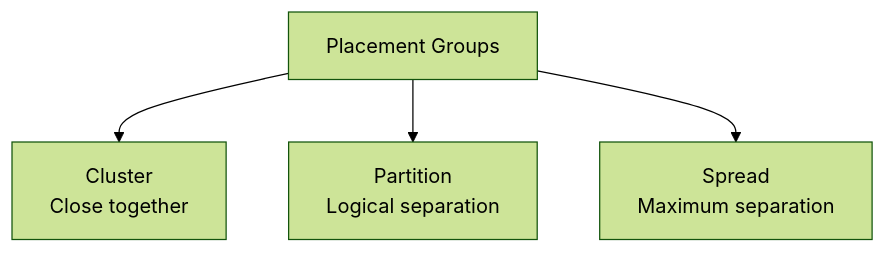
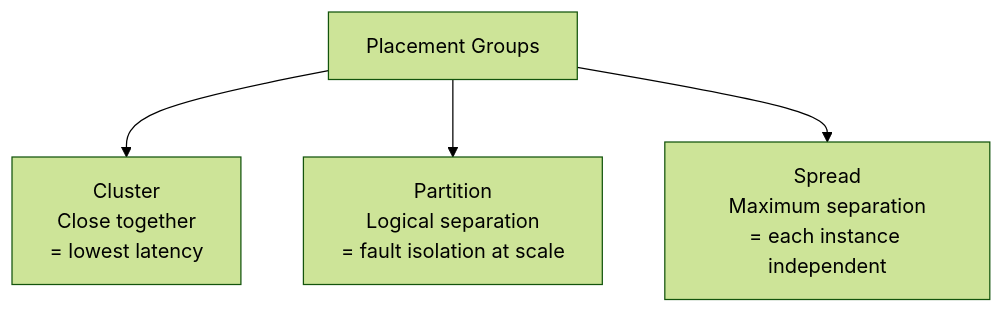
The first of 7 diagrams in AWS-SAP-C02-Study-Notes/03-Compute-Storage/02-placement-groups.md (vijayclarion/architecturestudy), drawn with Mermaid (forest theme) before and after one commit. The commit also changed other lines of this file and 119 other files, not shown here.

````diff
--- a/AWS-SAP-C02-Study-Notes/03-Compute-Storage/02-placement-groups.md
+++ b/AWS-SAP-C02-Study-Notes/03-Compute-Storage/02-placement-groups.md
@@ -15,7 +36,7 @@
 ```mermaid
 flowchart TD
     PG[Placement Groups]
-    PG --> CLUS[Cluster<br/>Close together]
-    PG --> PART[Partition<br/>Logical separation]
-    PG --> SPREAD[Spread<br/>Maximum separation]
+    PG --> CLUS[Cluster<br/>Close together<br/>= lowest latency]
+    PG --> PART[Partition<br/>Logical separation<br/>= fault isolation at scale]
+    PG --> SPREAD[Spread<br/>Maximum separation<br/>= each instance independent]
 ```
````
